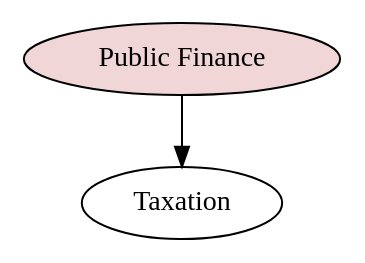
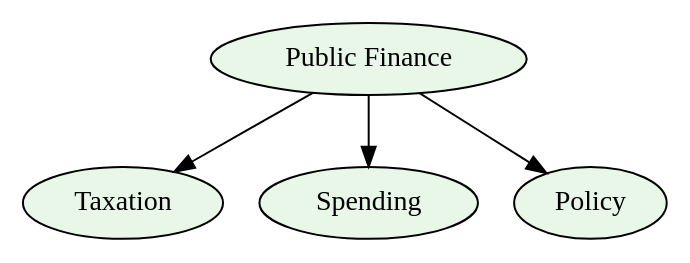
The diagram in generatedGraphs/dot/public_finance.dot (alexis-vo/mmap-finance), drawn with Graphviz before and after one commit. The commit also changed 21 other files, not shown here.

```diff
--- a/generatedGraphs/dot/public_finance.dot
+++ b/generatedGraphs/dot/public_finance.dot
@@ -1,7 +1,11 @@
 // public_finance
 digraph {
 	rankdir=TB
-	root [label="Public Finance" fillcolor="#f0d6d6" style=filled]
-	T [label=Taxation]
+	root [label="Public Finance" fillcolor="#E8F7E8" style=filled]
+	T [label=Taxation fillcolor="#E8F7E8" style=filled]
 	root -> T
+	S [label=Spending fillcolor="#E8F7E8" style=filled]
+	root -> S
+	P [label=Policy fillcolor="#E8F7E8" style=filled]
+	root -> P
 }
```
